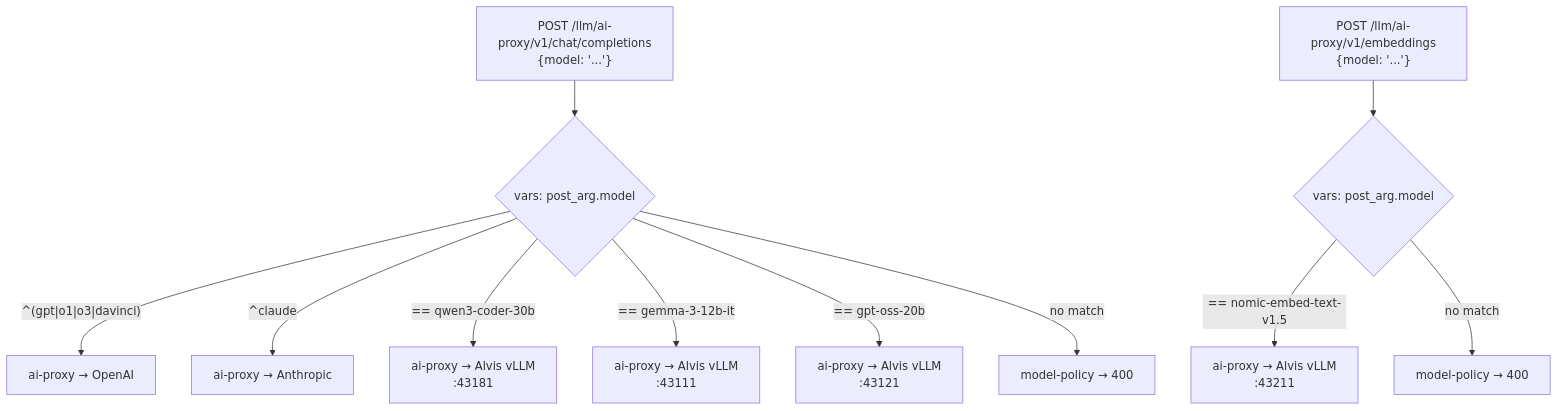
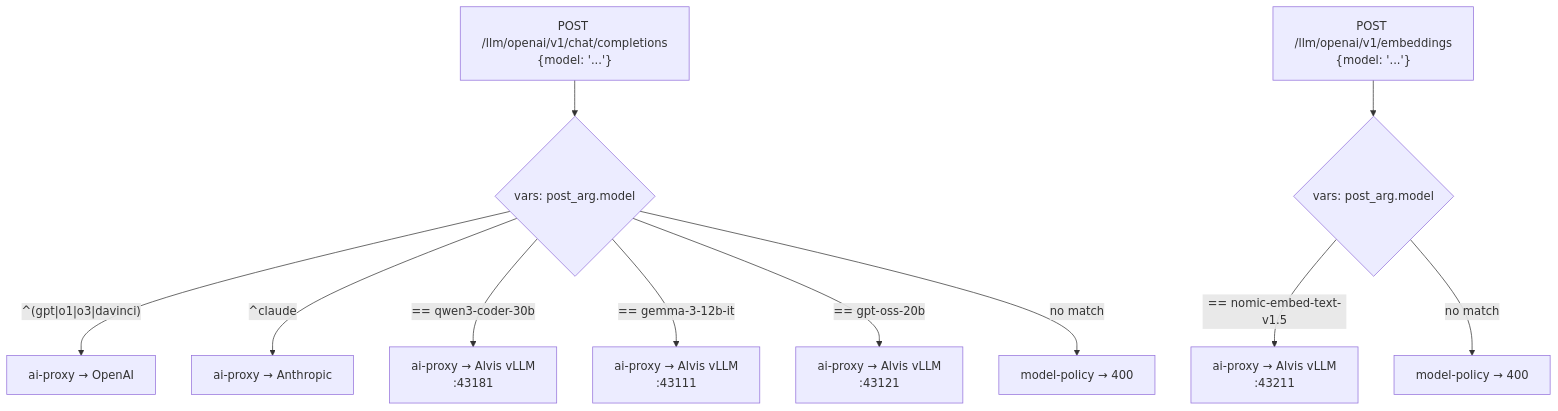
Before and after one commit to wikefjol/prod-gateway: the diagram in docs/diagrams/model-routing.md, drawn with Mermaid. The commit also changed other lines of this file and 36 other files, not shown here.

````diff
--- a/docs/diagrams/model-routing.md
+++ b/docs/diagrams/model-routing.md
@@ -3,18 +3,18 @@
 ```mermaid
 flowchart TD
-    REQ["POST /llm/ai-proxy/v1/chat/completions<br/>{model: '...'}"]
+    REQ["POST /llm/openai/v1/chat/completions<br/>{model: '...'}"]
 
     REQ --> MATCH{vars: post_arg.model}
 
     MATCH -->|"^(gpt|o1|o3|davinci)"| OPENAI[ai-proxy → OpenAI]
     MATCH -->|"^claude"| ANTHROPIC[ai-proxy → Anthropic]
     MATCH -->|"== qwen3-coder-30b"| VLLM1["ai-proxy → Alvis vLLM<br/>:43181"]
     MATCH -->|"== gemma-3-12b-it"| VLLM2["ai-proxy → Alvis vLLM<br/>:43111"]
     MATCH -->|"== gpt-oss-20b"| VLLM3["ai-proxy → Alvis vLLM<br/>:43121"]
     MATCH -->|no match| REJECT[model-policy → 400]
 
-    EMBED["POST /llm/ai-proxy/v1/embeddings<br/>{model: '...'}"]
+    EMBED["POST /llm/openai/v1/embeddings<br/>{model: '...'}"]
     EMBED --> EMATCH{vars: post_arg.model}
     EMATCH -->|"== nomic-embed-text-v1.5"| VLLM4["ai-proxy → Alvis vLLM<br/>:43211"]
     EMATCH -->|no match| EREJECT[model-policy → 400]
 ```
````
